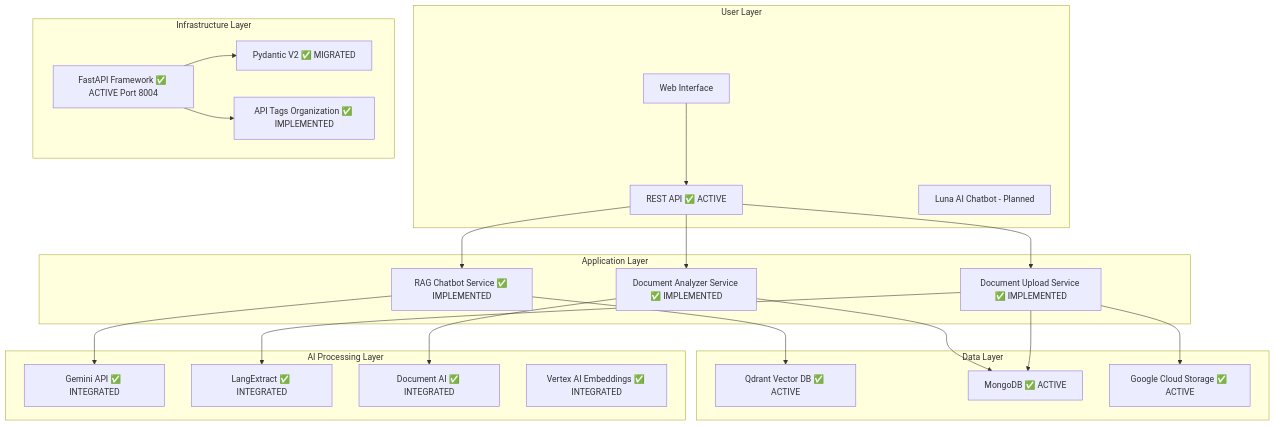
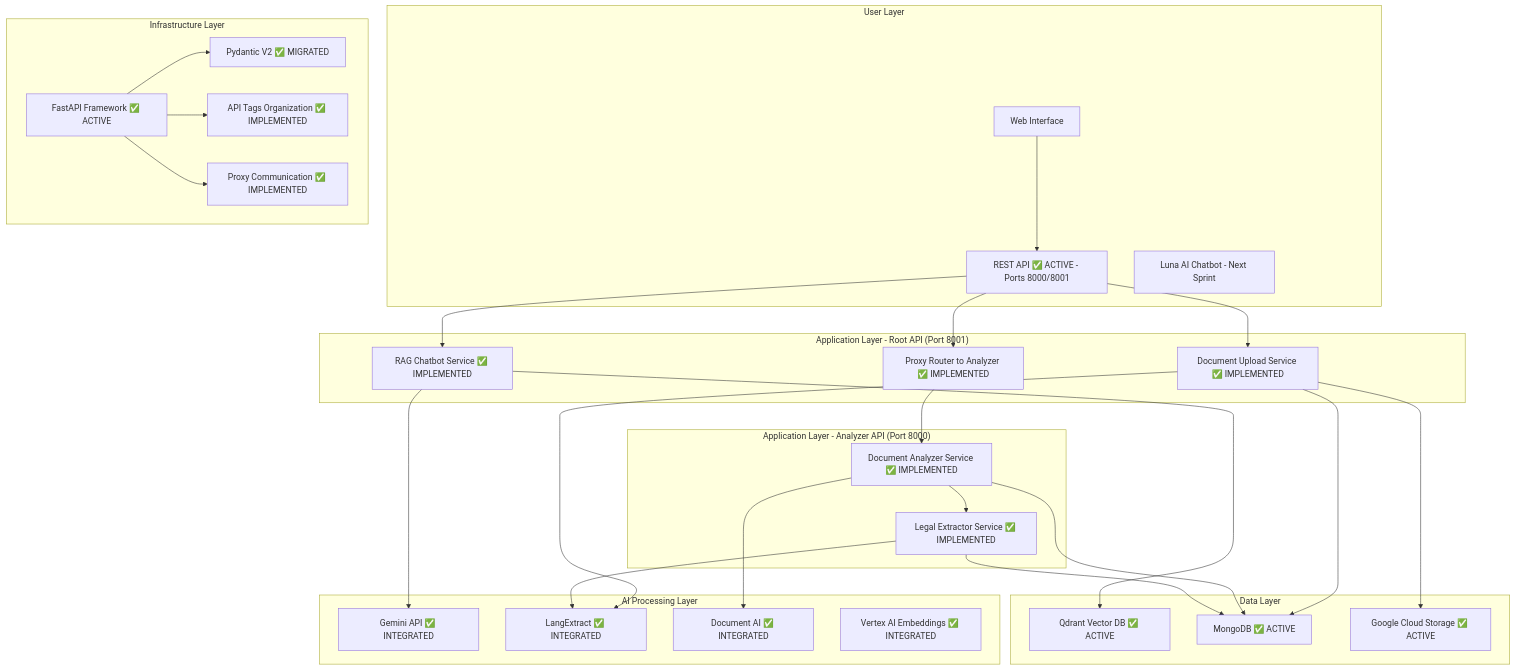
The first of 7 diagrams in Memory Bank/@architecture.md (LegalClarity/VectorDB), drawn with Mermaid before and after one commit. The commit also changed other lines of this file and 40 other files, not shown here.

````diff
--- a/Memory Bank/@architecture.md
+++ b/Memory Bank/@architecture.md
@@ -9,50 +9,61 @@
 ```mermaid
 graph TB
     subgraph "User Layer"
         UI[Web Interface]
-        API[REST API ✅ ACTIVE]
-        Luna[Luna AI Chatbot - Planned]
+        API[REST API ✅ ACTIVE - Ports 8000/8001]
+        Luna[Luna AI Chatbot - Next Sprint]
     end
 
-    subgraph "Application Layer"
+    subgraph "Application Layer - Root API (Port 8001)"
         RAG[RAG Chatbot Service ✅ IMPLEMENTED]
         DOC[Document Upload Service ✅ IMPLEMENTED]
+        PROXY[Proxy Router to Analyzer ✅ IMPLEMENTED]
+    end
+
+    subgraph "Application Layer - Analyzer API (Port 8000)"
         ANALYZER[Document Analyzer Service ✅ IMPLEMENTED]
+        LEXTRACT[Legal Extractor Service ✅ IMPLEMENTED]
     end
 
     subgraph "AI Processing Layer"
         GEMINI[Gemini API ✅ INTEGRATED]
         LANGEXTRACT[LangExtract ✅ INTEGRATED]
         DOCAI[Document AI ✅ INTEGRATED]
         VERTEX[Vertex AI Embeddings ✅ INTEGRATED]
     end
 
     subgraph "Data Layer"
         QDRANT[Qdrant Vector DB ✅ ACTIVE]
         MONGODB[MongoDB ✅ ACTIVE]
         GCS[Google Cloud Storage ✅ ACTIVE]
     end
 
     subgraph "Infrastructure Layer"
-        FASTAPI[FastAPI Framework ✅ ACTIVE Port 8004]
+        FASTAPI[FastAPI Framework ✅ ACTIVE]
         PYDANTIC_V2[Pydantic V2 ✅ MIGRATED]
         TAGS[API Tags Organization ✅ IMPLEMENTED]
+        PROXY_COMM[Proxy Communication ✅ IMPLEMENTED]
     end
 
     UI --> API
     API --> RAG
     API --> DOC
-    API --> ANALYZER
+    API --> PROXY
+    PROXY --> ANALYZER
+    ANALYZER --> LEXTRACT
 
     RAG --> GEMINI
     DOC --> LANGEXTRACT
     ANALYZER --> DOCAI
+    LEXTRACT --> LANGEXTRACT
 
     RAG --> QDRANT
     DOC --> MONGODB
     DOC --> GCS
     ANALYZER --> MONGODB
+    LEXTRACT --> MONGODB
 
     FASTAPI --> PYDANTIC_V2
     FASTAPI --> TAGS
+    FASTAPI --> PROXY_COMM
 ```
````
